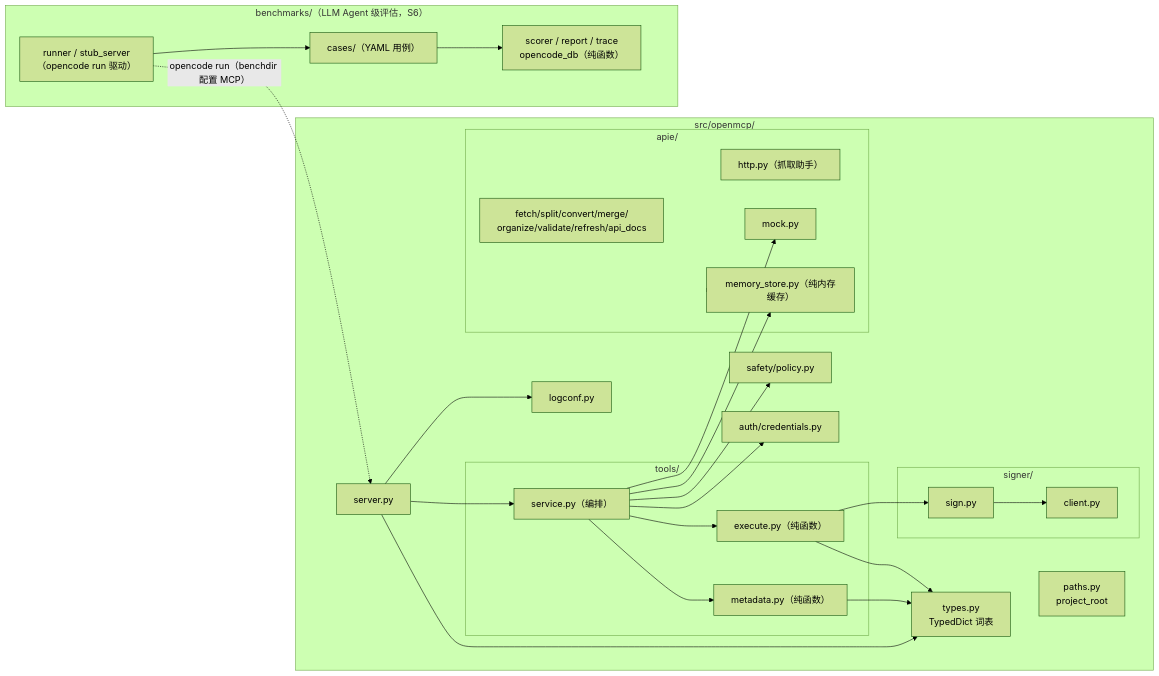
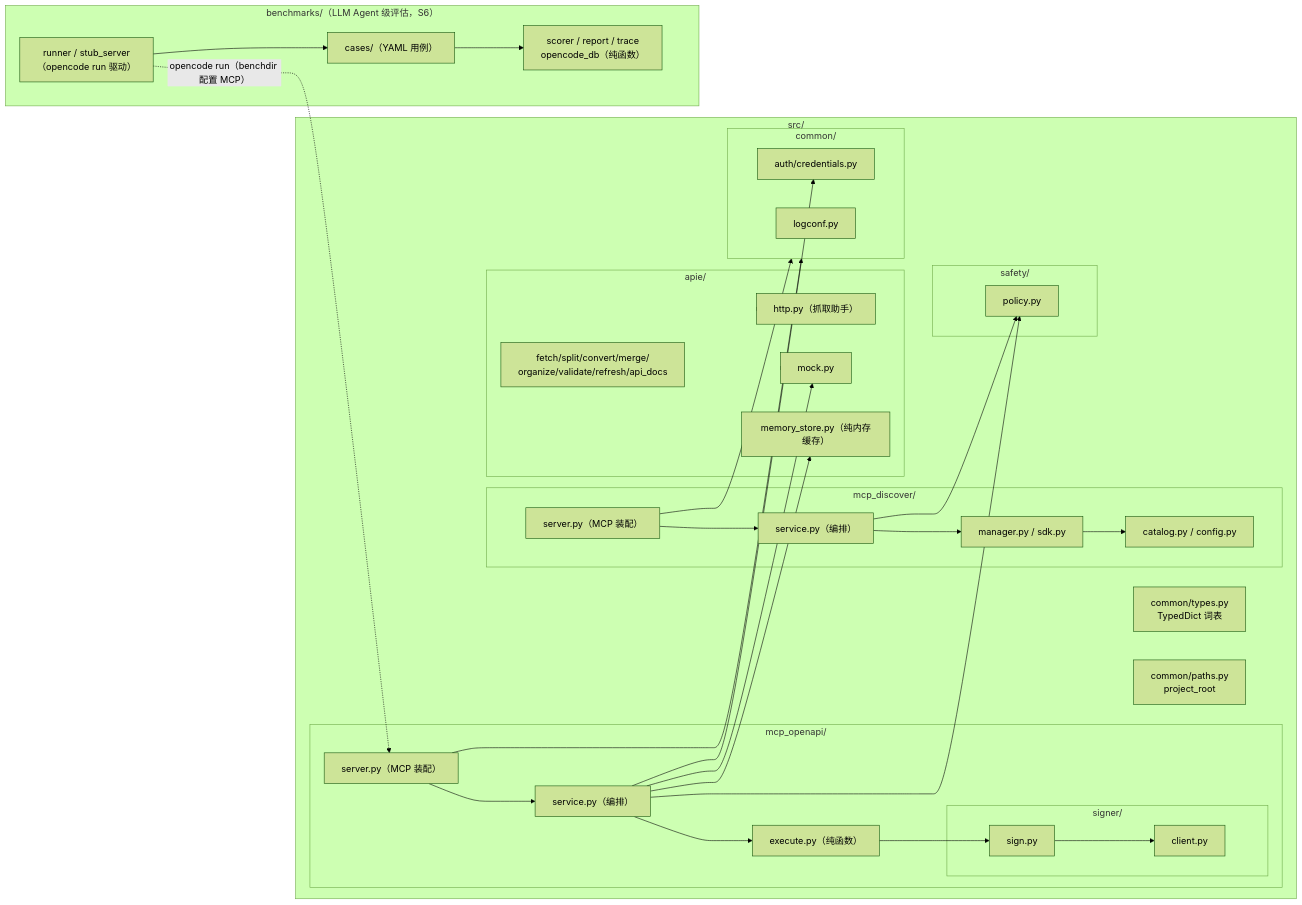
The seventh of 9 diagrams in docs/design.md (huaweicloud-mate/huaweicloud-open-mcp), drawn with Mermaid (forest theme) before and after one commit. The commit also changed other lines of this file and 93 other files, not shown here.

````diff
--- a/docs/design.md
+++ b/docs/design.md
@@ -226,47 +226,55 @@
 ```mermaid
 graph LR
-    subgraph src["src/openmcp/"]
-        T["types.py<br/>TypedDict 词表"]
-        P["paths.py<br/>project_root"]
-        SRV["server.py"]
-        subgraph TL["tools/"]
-            MT["metadata.py（纯函数）"]
+    subgraph src["src/"]
+        T["common/types.py<br/>TypedDict 词表"]
+        P["common/paths.py<br/>project_root"]
+        subgraph MPO["mcp_openapi/"]
+            SRV["server.py（MCP 装配）"]
             EX["execute.py（纯函数）"]
             SV["service.py（编排）"]
+            subgraph SG["signer/"]
+                SN["sign.py"]
+                CL["client.py"]
+            end
         end
-        subgraph SG["signer/"]
-            SN["sign.py"]
-            CL["client.py"]
+        subgraph MPD["mcp_discover/"]
+            DS["server.py（MCP 装配）"]
+            DE["service.py（编排）"]
+            DG["catalog.py / config.py"]
+            DL["manager.py / sdk.py"]
         end
         subgraph AP["apie/"]
             PIPE["fetch/split/convert/merge/<br/>organize/validate/refresh/api_docs"]
             H["http.py（抓取助手）"]
             MK["mock.py"]
             MS["memory_store.py（纯内存缓存）"]
         end
-        SF["safety/policy.py"]
-        AU["auth/credentials.py"]
-        LG["logconf.py"]
+        subgraph ST["safety/"]
+            SF["policy.py"]
+        end
+        subgraph CM["common/"]
+            AU["auth/credentials.py"]
+            LG["logconf.py"]
+        end
     end
     subgraph BNM["benchmarks/（LLM Agent 级评估，S6）"]
         BC["cases/（YAML 用例）"]
         BSC["scorer / report / trace<br/>opencode_db（纯函数）"]
         BR["runner / stub_server<br/>（opencode run 驱动）"]
     end
 
-    SRV --> SV --> MT
-    SV --> EX --> SN --> CL
+    SRV --> SV --> EX --> SN --> CL
     SV --> SF
     SV --> AU
-    SRV --> LG
-    SRV --> T
-    MT --> T
-    EX --> T
+    SV --> MS
+    SRV --> CM
+    DS --> DE --> DL --> DG
+    DE --> SF
+    DS --> CM
     AP --> H
     AP --> MK
     AP --> MS
-    SV --> MS
     SV --> MK
     BR -.opencode run（benchdir 配置 MCP）.-> SRV
     BR --> BC --> BSC
 ```
````
